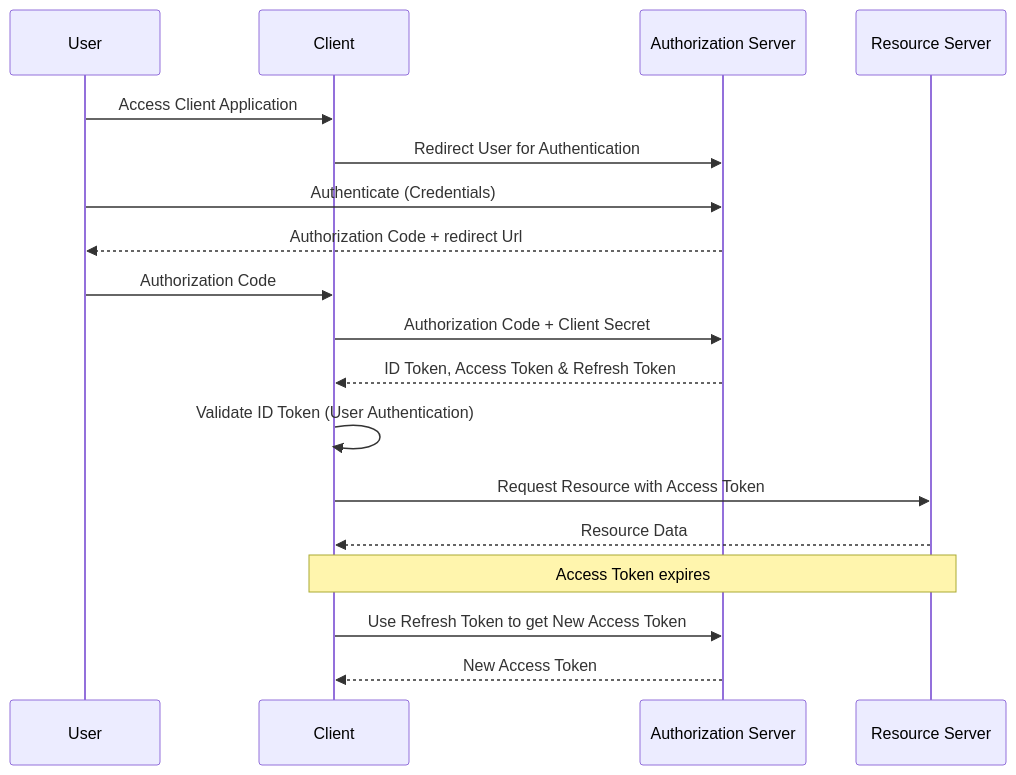
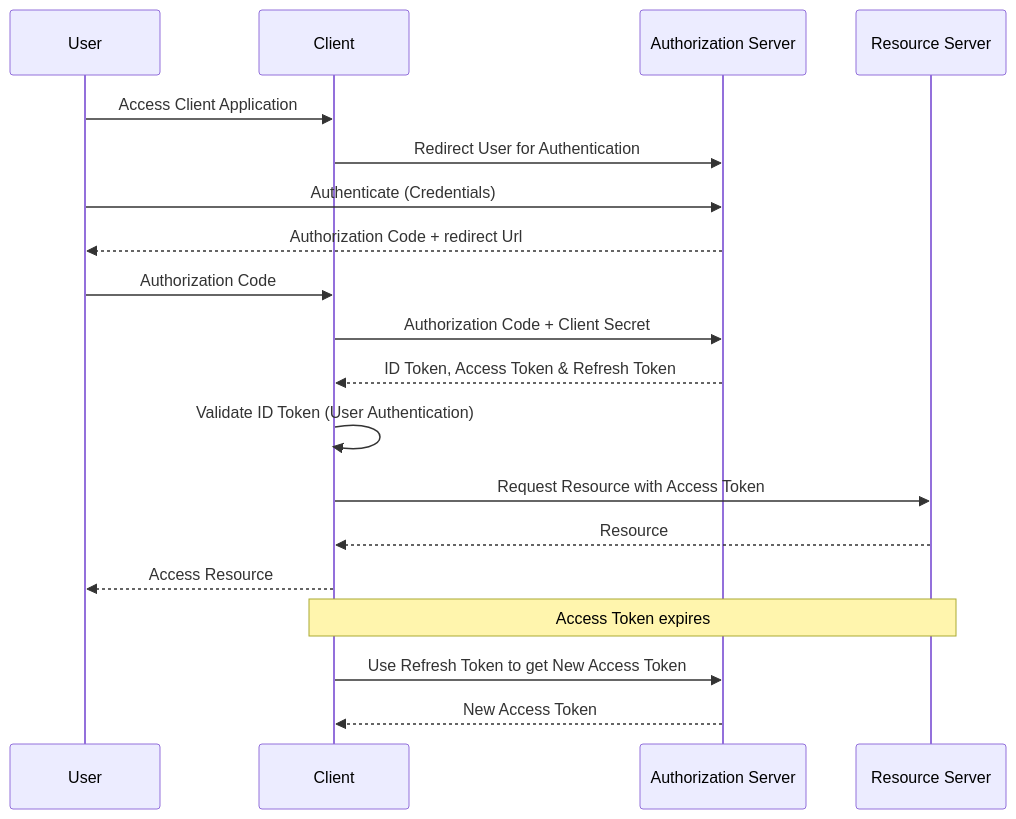
One commit to prannoymulmi/Msc-Thesis--OIDC changed the diagram in mermaid_files/authorization_code.md. Above: the diagram before and after it, drawn with Mermaid. The commit also changed 11 other files, not shown here.

````diff
--- a/mermaid_files/authorization_code.md
+++ b/mermaid_files/authorization_code.md
@@ -1,25 +1,25 @@
 ```mermaid
 sequenceDiagram
     participant User as User
     participant Client as Client
     participant AuthServer as Authorization Server
     participant ResourceServer as Resource Server
 
     User->>Client: Access Client Application
     Client->>AuthServer: Redirect User for Authentication
     User->>AuthServer: Authenticate (Credentials)
     AuthServer-->>User: Authorization Code + redirect Url
     User->>Client: Authorization Code
     Client->>AuthServer: Authorization Code + Client Secret
     AuthServer-->>Client: ID Token, Access Token & Refresh Token
 
     Client->>Client: Validate ID Token (User Authentication)
     Client->>ResourceServer: Request Resource with Access Token
-    ResourceServer-->>Client: Resource Data
-
+    ResourceServer-->>Client: Resource 
+    Client-->>User: Access Resource
     Note over Client,ResourceServer: Access Token expires
 
     Client->>AuthServer: Use Refresh Token to get New Access Token
     AuthServer-->>Client: New Access Token
 
 ```    
````
